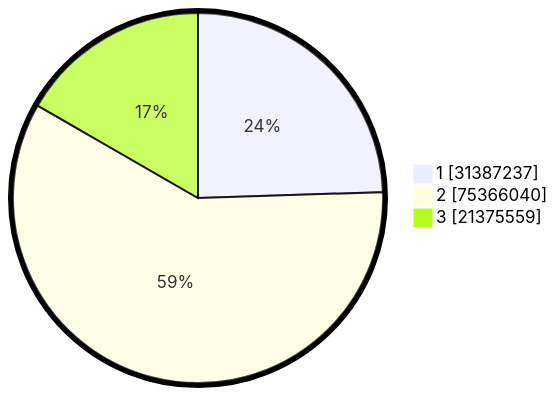
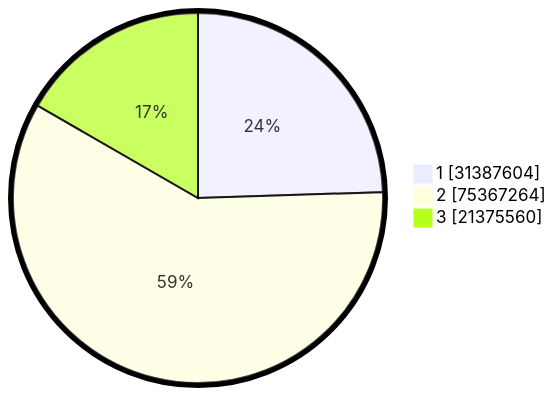
One commit to gigit-pemilu/pemilu-2024 changed the second of 2 diagrams in pilpres/hitung-suara/README.md. Above: the diagram before and after it, drawn with Mermaid. The commit also changed other lines of this file and 7 other files, not shown here.

````diff
--- a/pilpres/hitung-suara/README.md
+++ b/pilpres/hitung-suara/README.md
@@ -93,7 +93,7 @@
 ```mermaid
 %%{init: {"pie": {"textPosition": 0.5}, "themeVariables": {"pieOuterStrokeWidth": "5px"}} }%%
 pie showData
-    "1" : 31387237
-    "2" : 75366040
-    "3" : 21375559
+    "1" : 31387604
+    "2" : 75367264
+    "3" : 21375560
 ```
````
